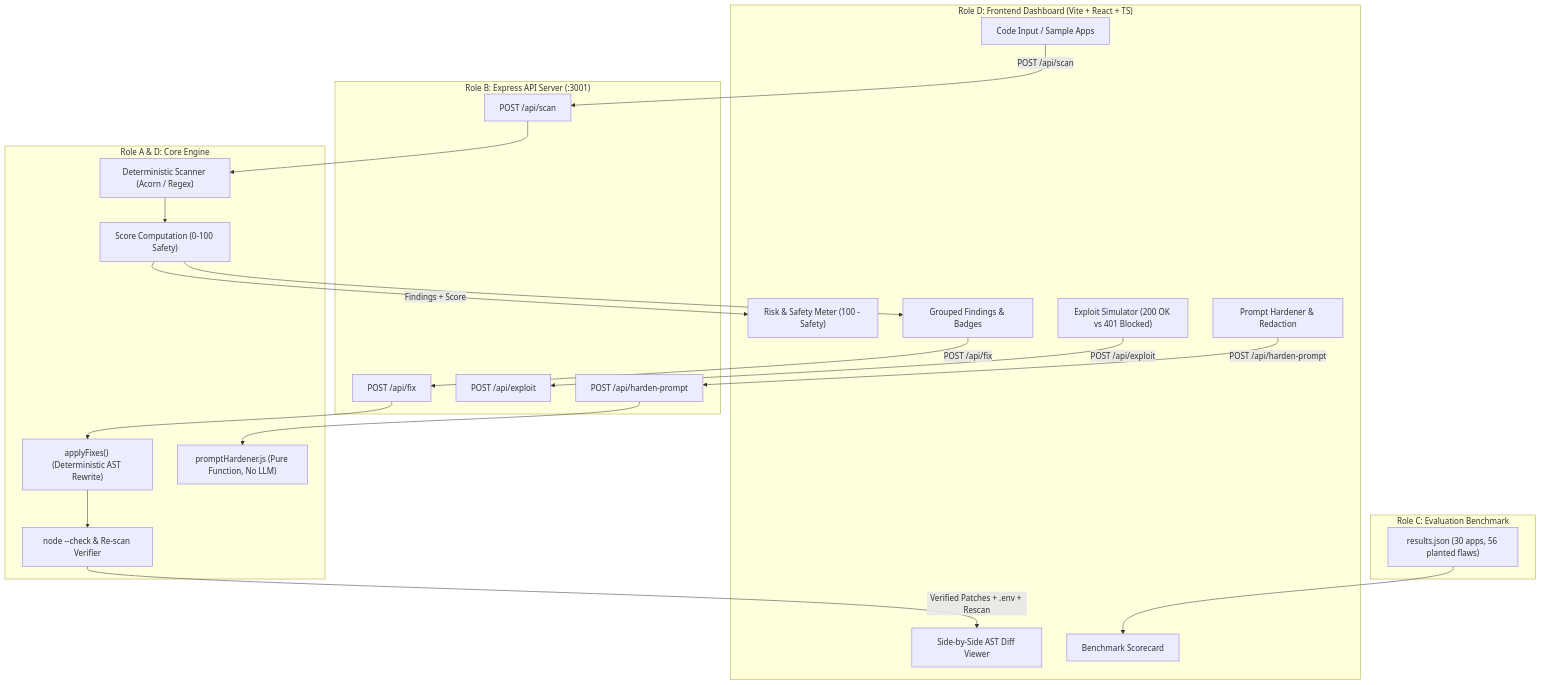
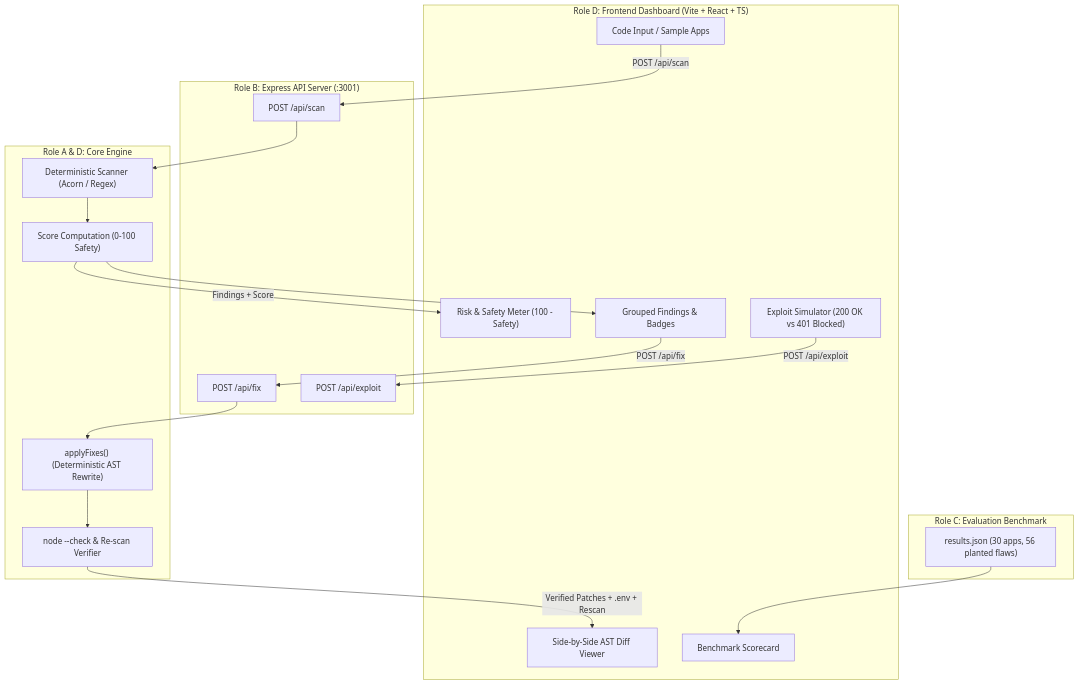
Before and after one commit to AlgoWanderer/tech-habba: the diagram in docs/README.md, drawn with Mermaid. The commit also changed other lines of this file and 6 other files, not shown here.

First line of the commit message:
Remove the Prompt Hardener from the product; keep the prompt-hardening result as a research finding

````diff
--- a/docs/README.md
+++ b/docs/README.md
@@ -24,48 +23,43 @@
 ```mermaid
 flowchart TD
     subgraph UI["Role D: Frontend Dashboard (Vite + React + TS)"]
         UI_Input["Code Input / Sample Apps"]
         UI_Meter["Risk & Safety Meter (100 - Safety)"]
         UI_Findings["Grouped Findings & Badges"]
         UI_Diff["Side-by-Side AST Diff Viewer"]
         UI_Exploit["Exploit Simulator (200 OK vs 401 Blocked)"]
-        UI_Hardener["Prompt Hardener & Redaction"]
         UI_Scorecard["Benchmark Scorecard"]
     end
 
     subgraph API["Role B: Express API Server (:3001)"]
         EP_Scan["POST /api/scan"]
         EP_Fix["POST /api/fix"]
         EP_Exploit["POST /api/exploit"]
-        EP_Harden["POST /api/harden-prompt"]
     end
 
     subgraph Core["Role A & D: Core Engine"]
         Core_Scan["Deterministic Scanner (Acorn / Regex)"]
         Core_Score["Score Computation (0-100 Safety)"]
         Core_Fix["applyFixes() (Deterministic AST Rewrite)"]
         Core_Verify["node --check & Re-scan Verifier"]
-        Core_Hardener["promptHardener.js (Pure Function, No LLM)"]
     end
 
     subgraph Corpus["Role C: Evaluation Benchmark"]
         Corpus_Bench["results.json (30 apps, 56 planted flaws)"]
     end
 
     UI_Input -->|"POST /api/scan"| EP_Scan
     EP_Scan --> Core_Scan
     Core_Scan --> Core_Score
     Core_Score -->|"Findings + Score"| UI_Meter
     Core_Score --> UI_Findings
 
     UI_Findings -->|"POST /api/fix"| EP_Fix
     EP_Fix --> Core_Fix
     Core_Fix --> Core_Verify
     Core_Verify -->|"Verified Patches + .env + Rescan"| UI_Diff
 
     UI_Exploit -->|"POST /api/exploit"| EP_Exploit
-    UI_Hardener -->|"POST /api/harden-prompt"| EP_Harden
-    EP_Harden --> Core_Hardener
 
     Corpus_Bench --> UI_Scorecard
 ```
````
